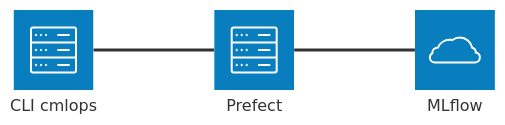
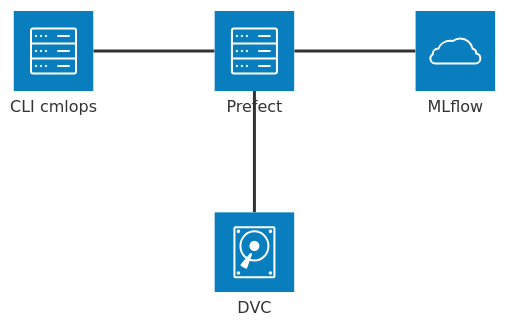
The first of 2 diagrams in docs/workflow-architecture.md (collab-uniba/Credibility-aware-MLOps), drawn with Mermaid before and after one commit. The commit also changed other lines of this file and 2 other files, not shown here.

Commit message:
Document data versioning with DVC

````diff
--- a/docs/workflow-architecture.md
+++ b/docs/workflow-architecture.md
@@ -8,9 +9,11 @@
 ```mermaid
 architecture-beta
   service cli(server)[CLI cmlops]
   service prefect(server)[Prefect]
   service mlflow(cloud)[MLflow]
+  service dvc(disk)[DVC]
 
   cli:R -- L:prefect
   prefect:R -- L:mlflow
+  prefect:B -- T:dvc
 ```
````
